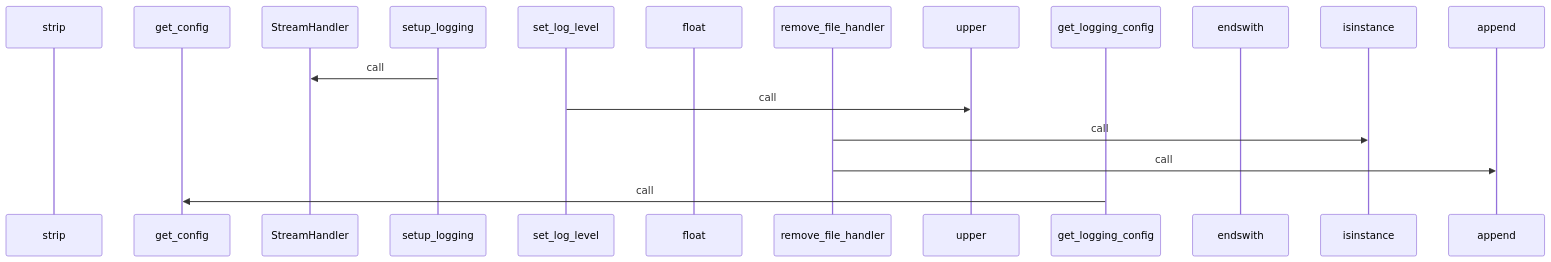
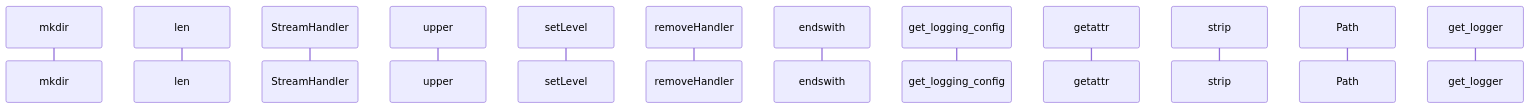
Diagram 11 of 12 in generated_docs/rule_analyzer/shared/logging.md (yeonjae-personal/codemuse-backend), drawn with Mermaid before and after one commit. The commit also changed other lines of this file and 3991 other files, not shown here.

First line of the commit message:
feat: 워크플로우 개선 및 핵심 문서 자동 생성 구현

````diff
--- a/generated_docs/rule_analyzer/shared/logging.md
+++ b/generated_docs/rule_analyzer/shared/logging.md
@@ -717,20 +717,15 @@
 ```mermaid
 sequenceDiagram
+  participant mkdir as mkdir
+  participant len as len
+  participant StreamHandler as StreamHandler
+  participant upper as upper
+  participant setLevel as setLevel
+  participant removeHandler as removeHandler
+  participant endswith as endswith
+  participant get_logging_config as get_logging_config
+  participant getattr as getattr
   participant strip as strip
-  participant get_config as get_config
-  participant StreamHandler as StreamHandler
-  participant setup_logging as setup_logging
-  participant set_log_level as set_log_level
-  participant float as float
-  participant remove_file_handler as remove_file_handler
-  participant upper as upper
-  participant get_logging_config as get_logging_config
-  participant endswith as endswith
-  participant isinstance as isinstance
-  participant append as append
-  setup_logging->>StreamHandler: call
-  set_log_level->>upper: call
-  remove_file_handler->>isinstance: call
-  remove_file_handler->>append: call
-  get_logging_config->>get_config: call
+  participant Path as Path
+  participant get_logger as get_logger
 ```
````
